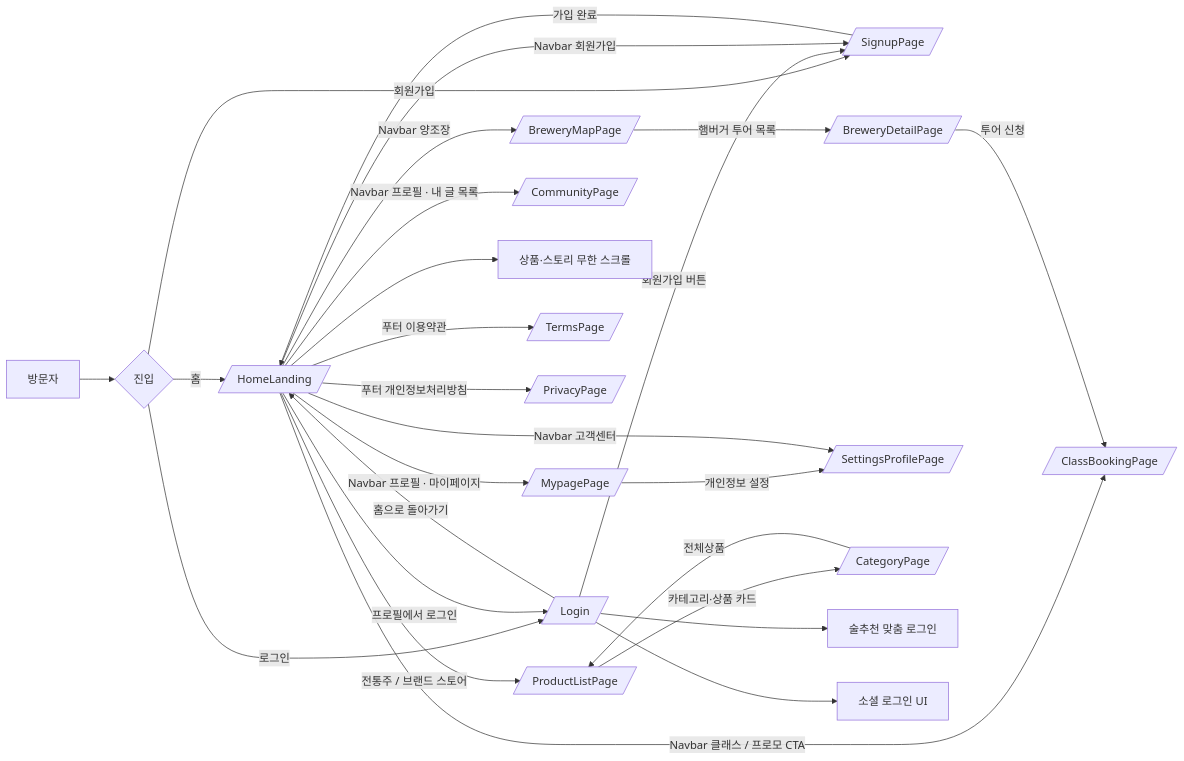
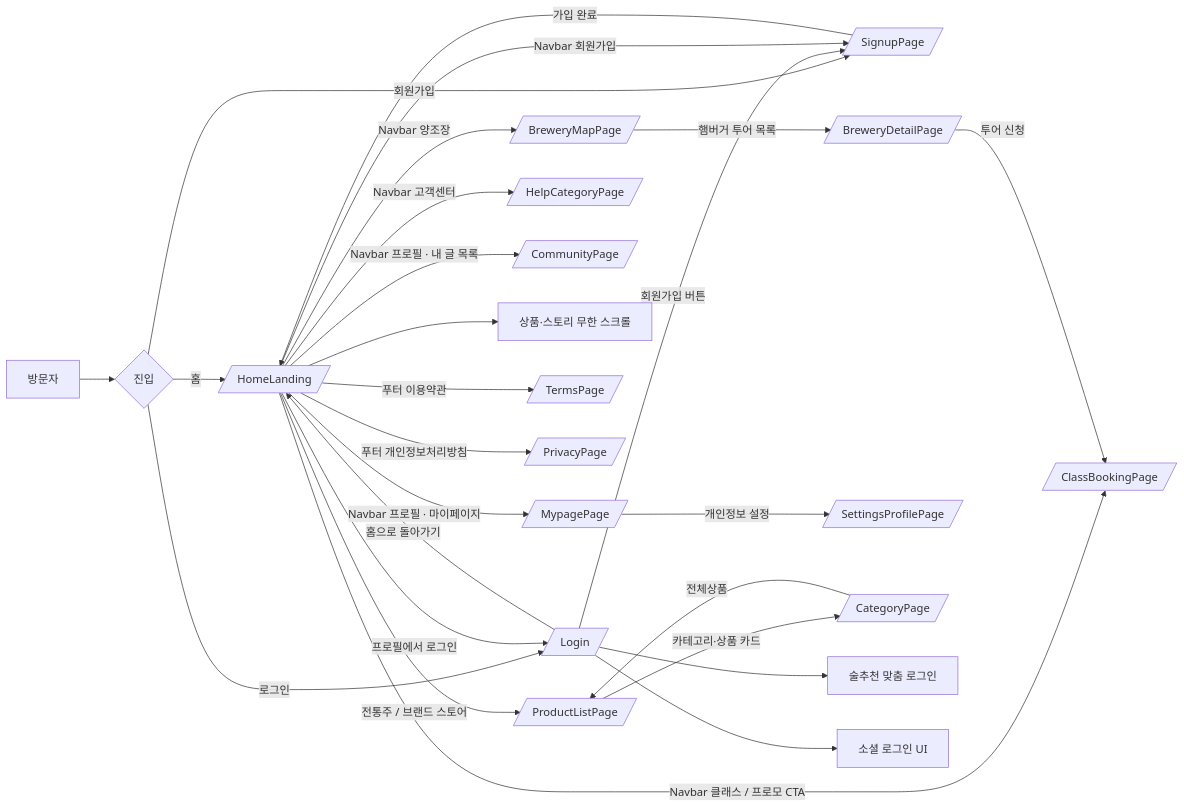
One commit to zyansuh/bitdam changed the first of 3 diagrams in README.md. Above: the diagram before and after it, drawn with Mermaid. The commit also changed other lines of this file, not shown here.

First line of the commit message:
docs(readme): document help, notify, and SiteHeader

````diff
--- a/README.md
+++ b/README.md
@@ -100,28 +104,28 @@
 ```mermaid
 flowchart LR
     A[방문자] --> B{진입}
     B -->|홈| C[/ HomeLanding /]
     B -->|로그인| D[/ Login /]
     B -->|회원가입| S[/ SignupPage /]
     D -->|회원가입 버튼| S
     C -->|Navbar 회원가입| S
     S -->|가입 완료| C
     C -->|전통주 / 브랜드 스토어| H[/ ProductListPage /]
     C -->|Navbar 양조장| J[/ BreweryMapPage /]
     J -->|햄버거 투어 목록| K[/ BreweryDetailPage /]
     C -->|Navbar 프로필 · 마이페이지| Q[/ MypagePage /]
     Q -->|개인정보 설정| R[/ SettingsProfilePage /]
-    C -->|Navbar 고객센터| R
+    C -->|Navbar 고객센터| HLP[/ HelpCategoryPage /]
     C -->|Navbar 프로필 · 내 글 목록| M[/ CommunityPage /]
     C -->|Navbar 클래스 / 프로모 CTA| L[/ ClassBookingPage /]
     K -->|투어 신청| L
     C -->|프로필에서 로그인| D
     H -->|카테고리·상품 카드| I[/ CategoryPage /]
     I -->|전체상품| H
     D -->|홈으로 돌아가기| C
     C --> E[상품·스토리 무한 스크롤]
     C -->|푸터 이용약관| T[/ TermsPage /]
     C -->|푸터 개인정보처리방침| P[/ PrivacyPage /]
     D --> F[술추천 맞춤 로그인]
     D --> G[소셜 로그인 UI]
 ```
````
